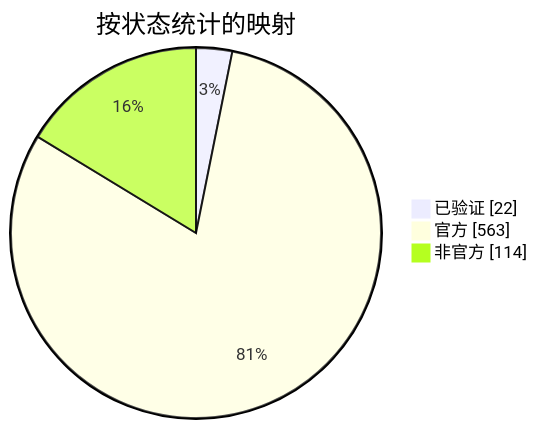
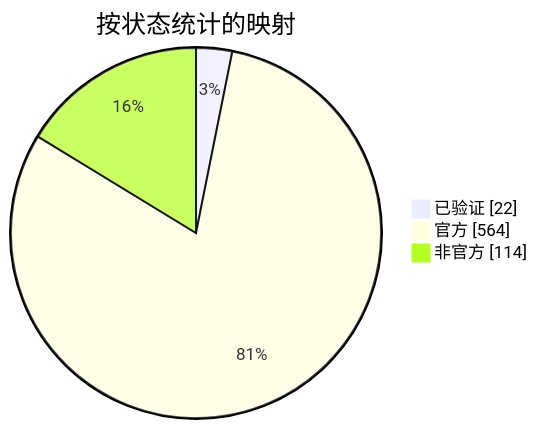
One commit to nobrega8/mbmap-library changed the diagram in docs/readme/README_ZHS.md. Above: the diagram before and after it, drawn with Mermaid. The commit also changed 6 other files, not shown here.

````diff
--- a/docs/readme/README_ZHS.md
+++ b/docs/readme/README_ZHS.md
@@ -54,7 +54,7 @@
 ```mermaid
 pie showData
     title 按状态统计的映射
     "已验证" : 22
-    "官方" : 563
+    "官方" : 564
     "非官方" : 114
 ```
````
